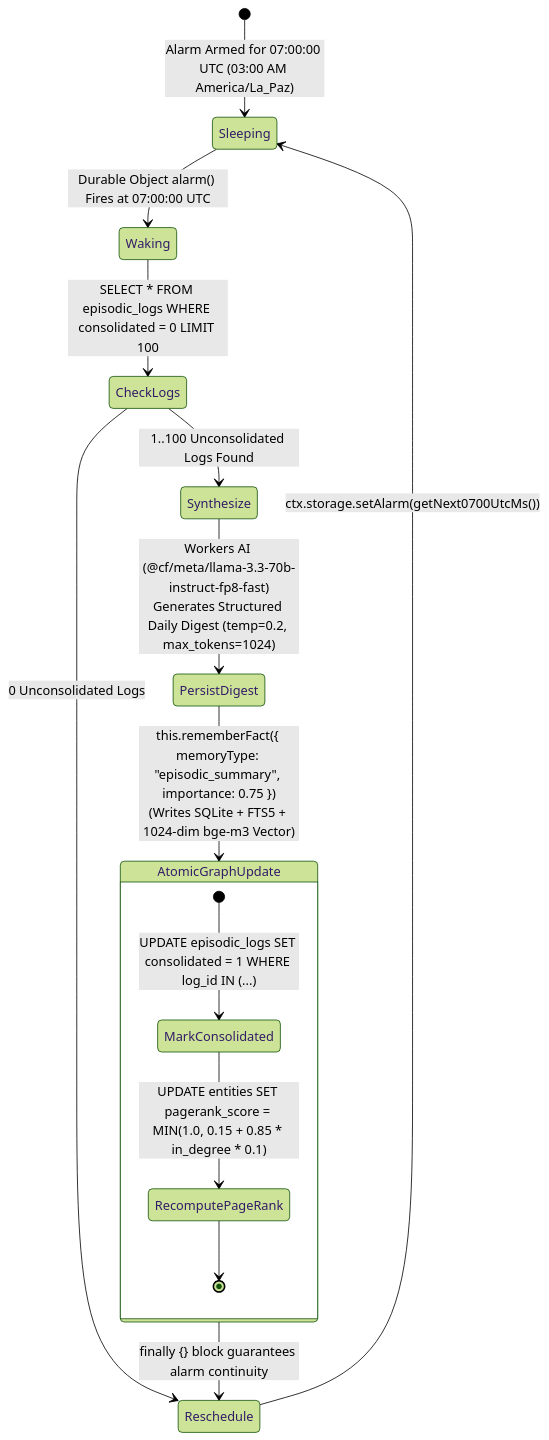
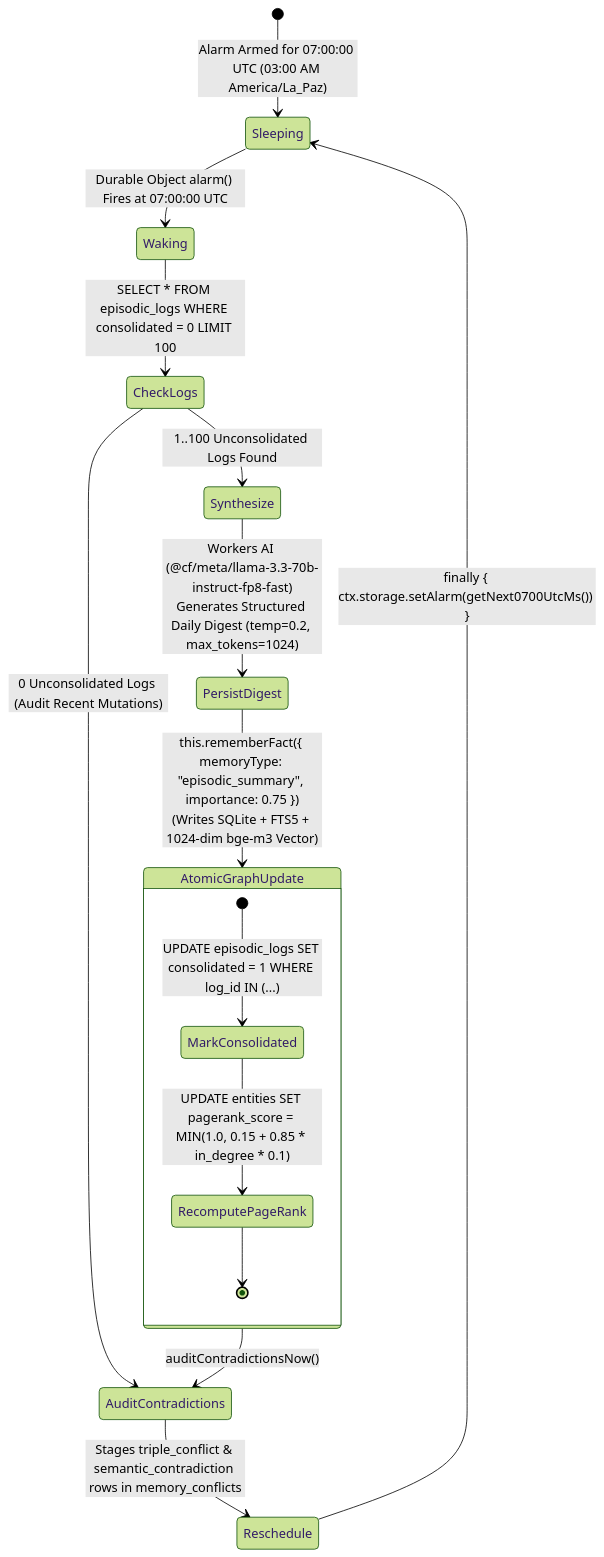
One commit to t0m-a/gemini-brain changed the ninth of 11 diagrams in README.md. Above: the diagram before and after it, drawn with Mermaid (forest theme). The commit also changed other lines of this file and 5 other files, not shown here.

````diff
--- a/README.md
+++ b/README.md
@@ -835,22 +897,23 @@
 ```mermaid
 stateDiagram-v2
     [*] --> Sleeping: Alarm Armed for 07:00:00 UTC (03:00 AM America/La_Paz)
     Sleeping --> Waking: Durable Object alarm() Fires at 07:00:00 UTC
     Waking --> CheckLogs: SELECT * FROM episodic_logs WHERE consolidated = 0 LIMIT 100
 
     state CheckLogs <<choice>>
-    CheckLogs --> Reschedule: 0 Unconsolidated Logs
+    CheckLogs --> AuditContradictions: 0 Unconsolidated Logs (Audit Recent Mutations)
     CheckLogs --> Synthesize: 1..100 Unconsolidated Logs Found
 
     Synthesize --> PersistDigest: Workers AI (@cf/meta/llama-3.3-70b-instruct-fp8-fast)<br/>Generates Structured Daily Digest (temp=0.2, max_tokens=1024)
     PersistDigest --> AtomicGraphUpdate: this.rememberFact({ memoryType: "episodic_summary", importance: 0.75 })<br/>(Writes SQLite + FTS5 + 1024-dim bge-m3 Vector)
 
     state AtomicGraphUpdate {
         [*] --> MarkConsolidated: UPDATE episodic_logs SET consolidated = 1 WHERE log_id IN (...)
         MarkConsolidated --> RecomputePageRank: UPDATE entities SET pagerank_score = MIN(1.0, 0.15 + 0.85 * in_degree * 0.1)
         RecomputePageRank --> [*]
     }
 
-    AtomicGraphUpdate --> Reschedule: finally {} block guarantees alarm continuity
-    Reschedule --> Sleeping: ctx.storage.setAlarm(getNext0700UtcMs())
+    AtomicGraphUpdate --> AuditContradictions: auditContradictionsNow()
+    AuditContradictions --> Reschedule: Stages triple_conflict & semantic_contradiction rows in memory_conflicts
+    Reschedule --> Sleeping: finally { ctx.storage.setAlarm(getNext0700UtcMs()) }
 ```
````
